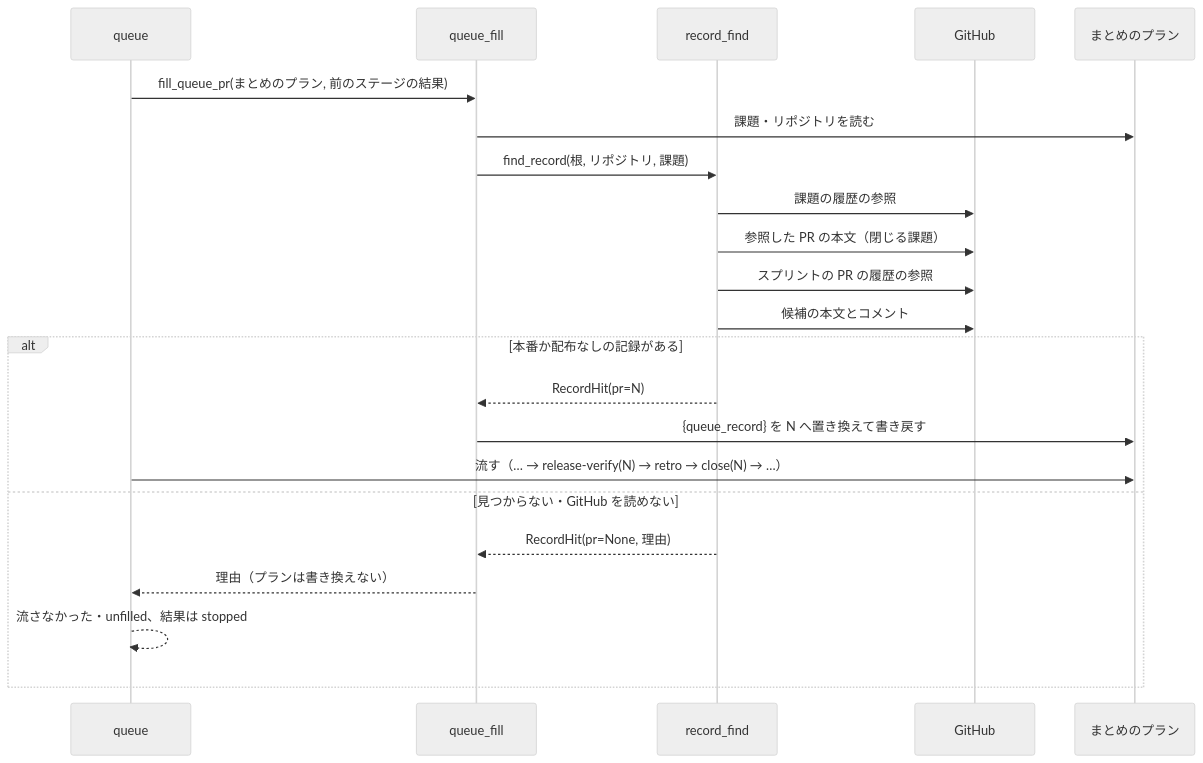
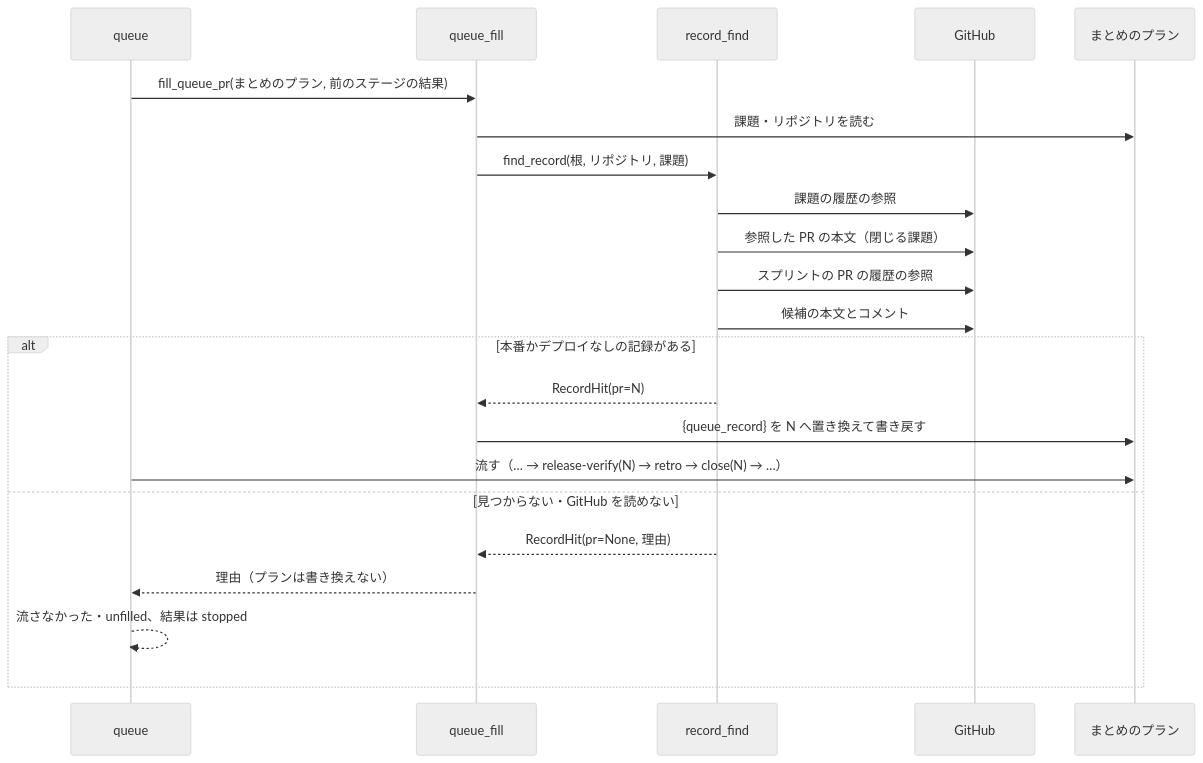
The third of 3 diagrams in docs/specifications/ndf-sprint-close-record-pr-at-run-time.md (devbasex/ai-plugins), drawn with Mermaid (neutral theme) before and after one commit. The commit also changed other lines of this file and 79 other files, not shown here.

````diff
--- a/docs/specifications/ndf-sprint-close-record-pr-at-run-time.md
+++ b/docs/specifications/ndf-sprint-close-record-pr-at-run-time.md
@@ -172,24 +172,24 @@
 ```mermaid
 sequenceDiagram
   participant Q as queue
   participant F as queue_fill
   participant R as record_find
   participant G as GitHub
   participant P as まとめのプラン
   Q->>F: fill_queue_pr(まとめのプラン, 前のステージの結果)
   F->>P: 課題・リポジトリを読む
   F->>R: find_record(根, リポジトリ, 課題)
   R->>G: 課題の履歴の参照
   R->>G: 参照した PR の本文（閉じる課題）
   R->>G: スプリントの PR の履歴の参照
   R->>G: 候補の本文とコメント
-  alt 本番か配布なしの記録がある
+  alt 本番かデプロイなしの記録がある
     R-->>F: RecordHit(pr=N)
     F->>P: {queue_record} を N へ置き換えて書き戻す
     Q->>P: 流す（… → release-verify(N) → retro → close(N) → …）
   else 見つからない・GitHub を読めない
     R-->>F: RecordHit(pr=None, 理由)
     F-->>Q: 理由（プランは書き換えない）
     Q-->>Q: 流さなかった・unfilled、結果は stopped
   end
 ```
````
